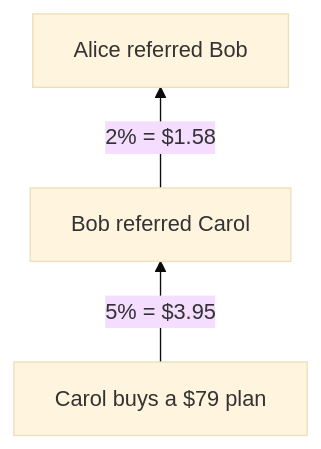
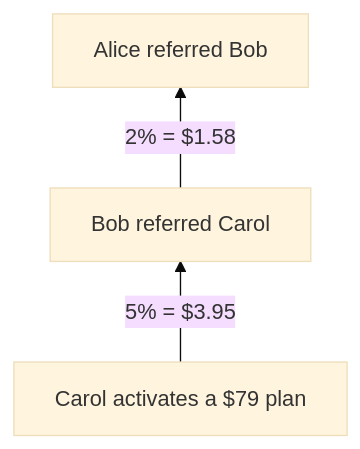
One commit to rempprandy/docs changed the first of 2 diagrams in platform/referral-hub.mdx. Above: the diagram before and after it, drawn with Mermaid (base theme). The commit also changed other lines of this file and 37 other files, not shown here.

````diff
--- a/platform/referral-hub.mdx
+++ b/platform/referral-hub.mdx
@@ -16,5 +17,5 @@
 ```mermaid
 flowchart BT
-    C["Carol buys a $79 plan"] -->|5% = $3.95| B[Bob referred Carol]
+    C["Carol activates a $79 plan"] -->|5% = $3.95| B[Bob referred Carol]
     B -->|2% = $1.58| A[Alice referred Bob]
 ```
````
